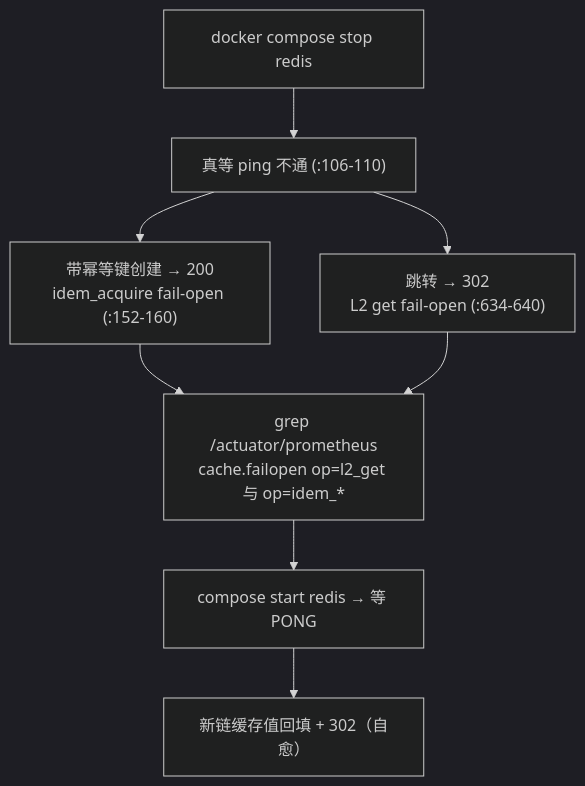
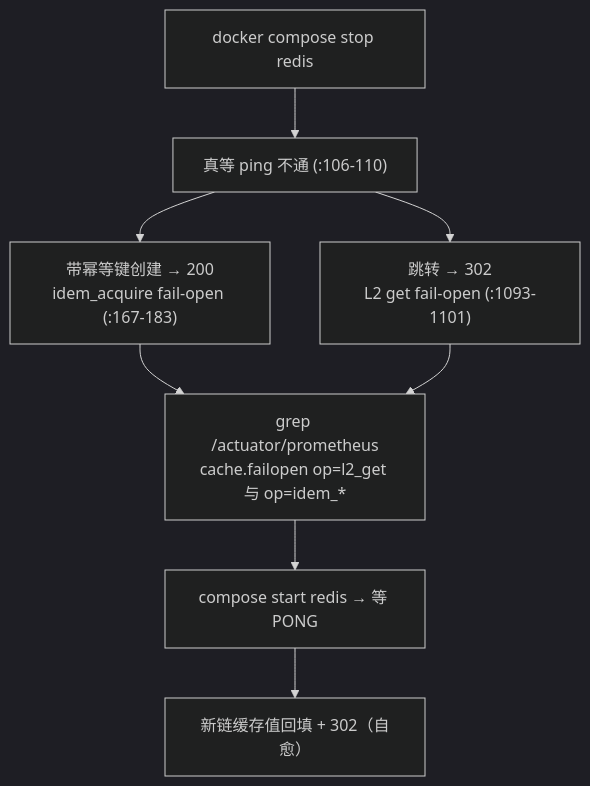
Before and after one commit to NorthAdb/LinkForge: the diagram in docs/source-learning/advanced/12-dependency-failure-handling.md, drawn with Mermaid (dark theme). The commit also changed other lines of this file and 10 other files, not shown here.

````diff
--- a/docs/source-learning/advanced/12-dependency-failure-handling.md
+++ b/docs/source-learning/advanced/12-dependency-failure-handling.md
@@ -61,10 +65,10 @@
 ```mermaid
 flowchart TD
     A["docker compose stop redis"] --> B["真等 ping 不通 (:106-110)"]
-    B --> C["带幂等键创建 → 200<br/>idem_acquire fail-open (:152-160)"]
-    B --> D["跳转 → 302<br/>L2 get fail-open (:634-640)"]
+    B --> C["带幂等键创建 → 200<br/>idem_acquire fail-open (:167-183)"]
+    B --> D["跳转 → 302<br/>L2 get fail-open (:1093-1101)"]
     C --> E["grep /actuator/prometheus<br/>cache.failopen op=l2_get 与 op=idem_*"]
     D --> E
     E --> F["compose start redis → 等 PONG"]
     F --> G["新链缓存值回填 + 302（自愈）"]
 ```
````
